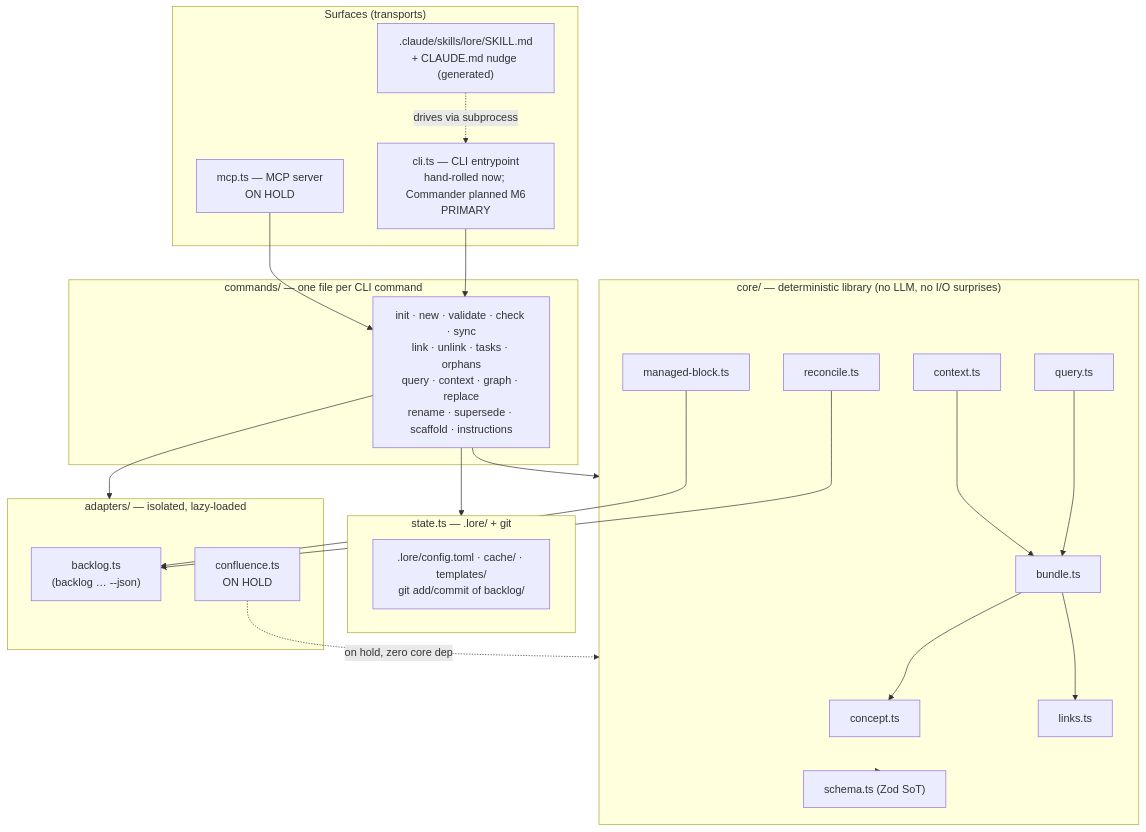
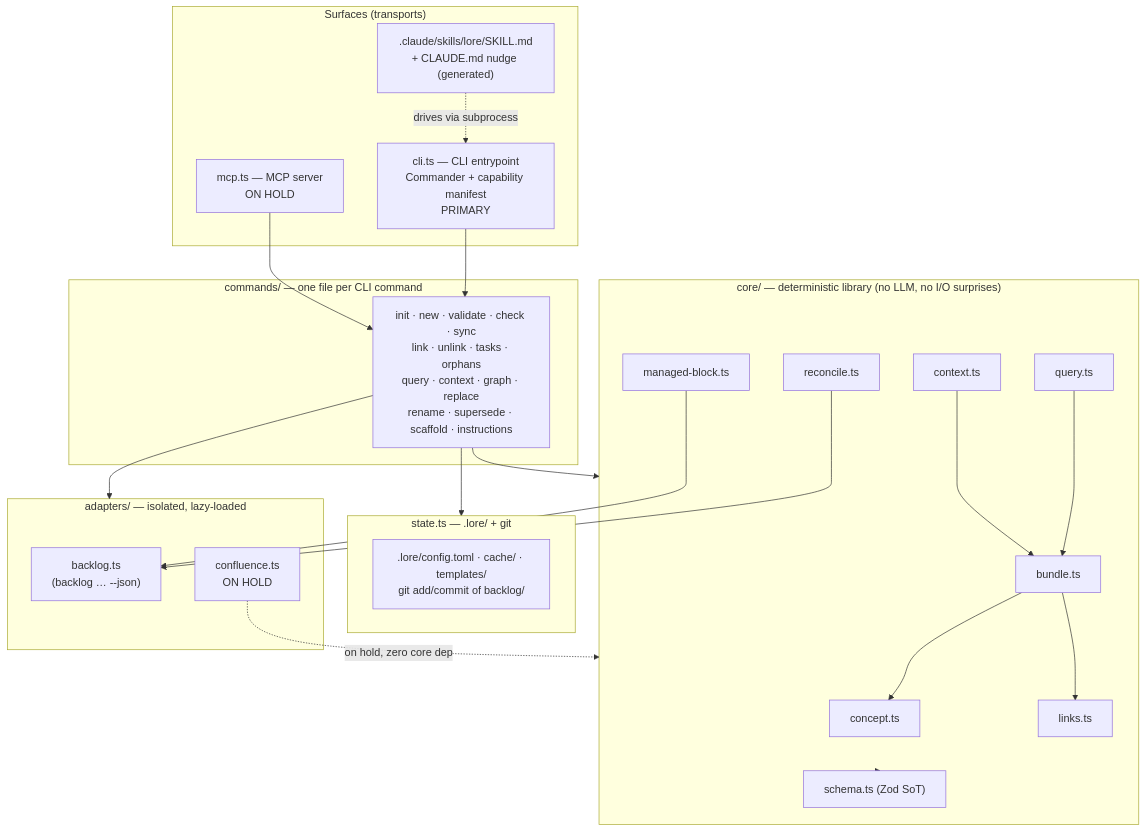
One commit to opum-ai/lore-cli changed the diagram in docs/reference/architecture.md. Above: the diagram before and after it, drawn with Mermaid. The commit also changed other lines of this file and 37 other files, not shown here.

Commit message:
refactor: migrate CLI parsing to Commander

````diff
--- a/docs/reference/architecture.md
+++ b/docs/reference/architecture.md
@@ -31,47 +31,47 @@
 ```mermaid
 flowchart TD
     subgraph Surfaces["Surfaces (transports)"]
-        CLI["cli.ts — CLI entrypoint<br/>hand-rolled now; Commander planned M6<br/>PRIMARY"]
+        CLI["cli.ts — CLI entrypoint<br/>Commander + capability manifest<br/>PRIMARY"]
         MCP["mcp.ts — MCP server<br/>ON HOLD"]
         SKILL[".claude/skills/lore/SKILL.md<br/>+ CLAUDE.md nudge (generated)"]
     end
 
     subgraph Commands["commands/ — one file per CLI command"]
         CMD["init · new · validate · check · sync<br/>link · unlink · tasks · orphans<br/>query · context · graph · replace<br/>rename · supersede · scaffold · instructions"]
     end
 
     subgraph Core["core/ — deterministic library (no LLM, no I/O surprises)"]
         CONCEPT["concept.ts"]
         BUNDLE["bundle.ts"]
         MANAGED["managed-block.ts"]
         RECONCILE["reconcile.ts"]
         LINKS["links.ts"]
         QUERY["query.ts"]
         CONTEXT["context.ts"]
         SCHEMA["schema.ts (Zod SoT)"]
     end
 
     subgraph State["state.ts — .lore/ + git"]
         STATEIO[".lore/config.toml · cache/ · templates/<br/>git add/commit of backlog/"]
     end
 
     subgraph Adapters["adapters/ — isolated, lazy-loaded"]
         BACKLOG["backlog.ts<br/>(backlog … --json)"]
         CONFLUENCE["confluence.ts<br/>ON HOLD"]
     end
 
     CLI --> CMD
     MCP --> CMD
     SKILL -. "drives via subprocess" .-> CLI
     CMD --> Core
     CMD --> State
     Core --> SCHEMA
     BUNDLE --> CONCEPT
     BUNDLE --> LINKS
     QUERY --> BUNDLE
     CONTEXT --> BUNDLE
     RECONCILE --> BACKLOG
     MANAGED --> BACKLOG
     CMD --> Adapters
     CONFLUENCE -. "on hold, zero core dep" .-> Core
 ```
````
